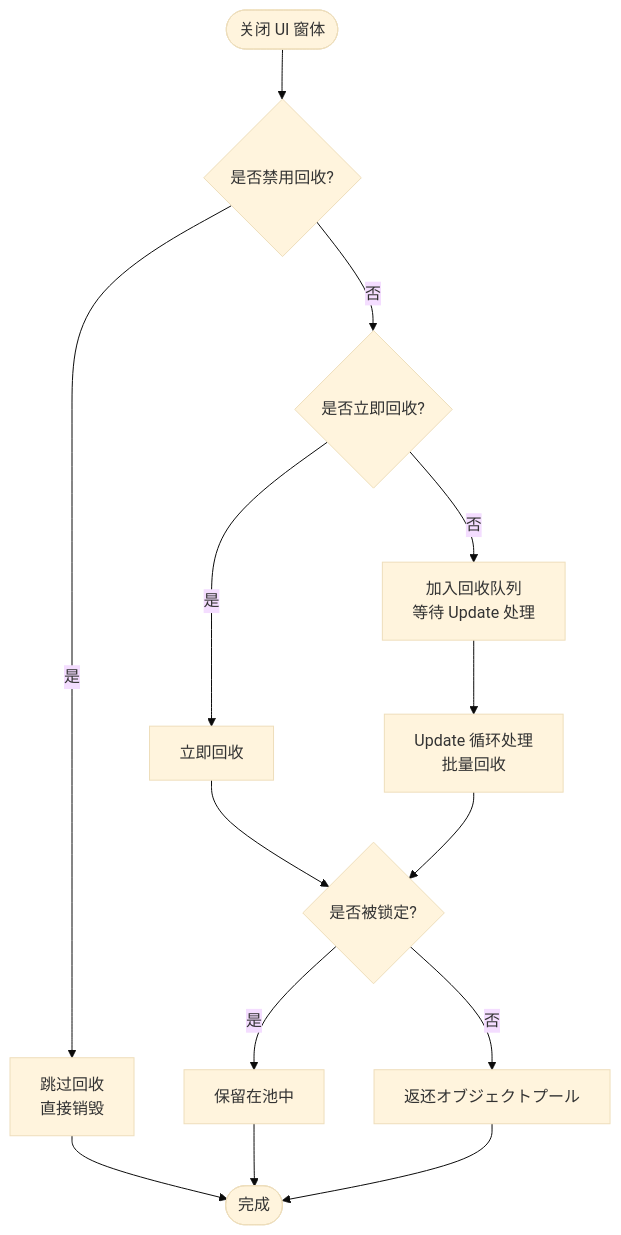
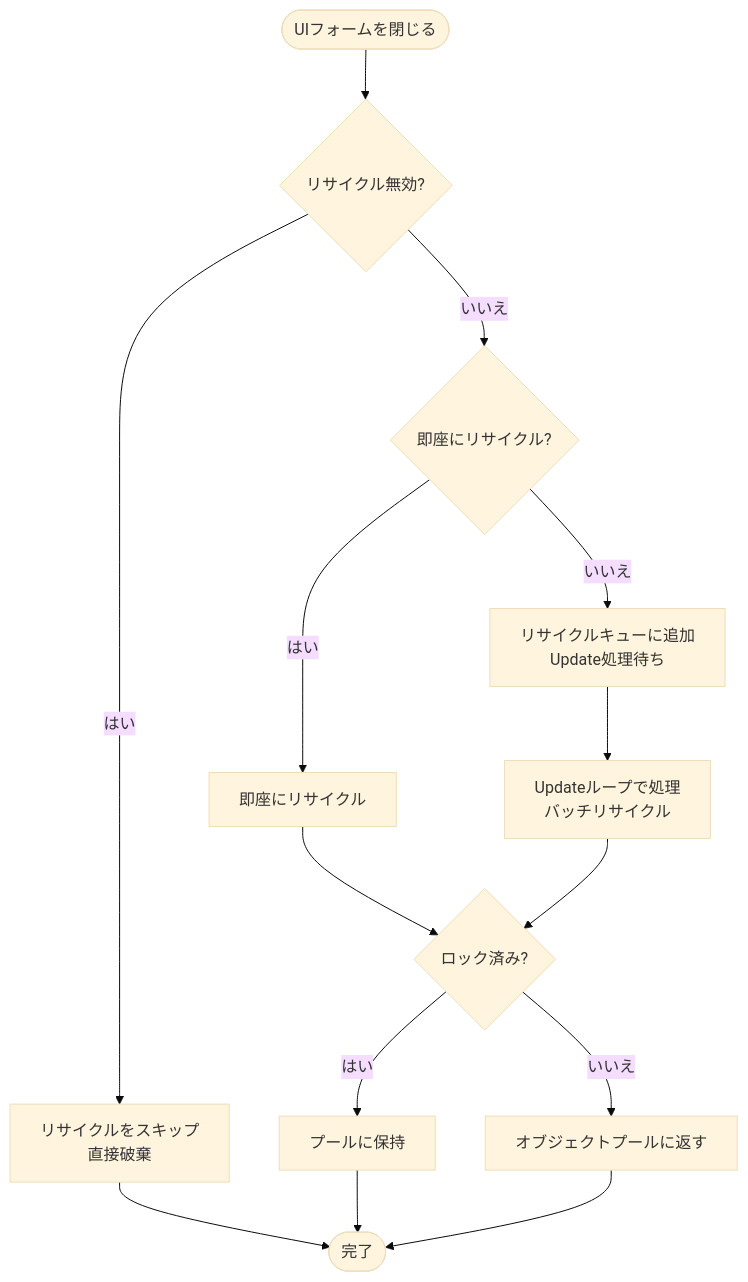
The fourth of 4 diagrams in docs/ja/client/unity/component/ui/09.object-pool.md (AlianBlank/GameFrameX.Docs), drawn with Mermaid (base theme) before and after one commit. The commit also changed other lines of this file and 320 other files, not shown here.

````diff
--- a/docs/ja/client/unity/component/ui/09.object-pool.md
+++ b/docs/ja/client/unity/component/ui/09.object-pool.md
@@ -137,20 +137,20 @@
 ```mermaid
 flowchart TD
-    Start([关闭 UI 窗体]) --> CheckDisable{是否禁用回收?}
-    CheckDisable -->|是| SkipRecycle[跳过回收<br/>直接销毁]
-    CheckDisable -->|否| CheckNow{是否立即回收?}
-    
-    CheckNow -->|是| ImmediateRecycle[立即回收]
-    CheckNow -->|否| QueueRecycle[加入回收队列<br/>等待 Update 处理]
-    
-    QueueRecycle --> Process[Update 循环处理<br/>批量回收]
-    Process --> CheckLocked{是否被锁定?}
-    
+    Start([UIフォームを閉じる]) --> CheckDisable{リサイクル無効?}
+    CheckDisable -->|はい| SkipRecycle[リサイクルをスキップ<br/>直接破棄]
+    CheckDisable -->|いいえ| CheckNow{即座にリサイクル?}
+
+    CheckNow -->|はい| ImmediateRecycle[即座にリサイクル]
+    CheckNow -->|いいえ| QueueRecycle[リサイクルキューに追加<br/>Update処理待ち]
+
+    QueueRecycle --> Process[Updateループで処理<br/>バッチリサイクル]
+    Process --> CheckLocked{ロック済み?}
+
     ImmediateRecycle --> CheckLocked
-    CheckLocked -->|是| Keep[保留在池中]
-    CheckLocked -->|否| ReturnPool[返还オブジェクトプール]
-    
-    ReturnPool --> End([完成])
+    CheckLocked -->|はい| Keep[プールに保持]
+    CheckLocked -->|いいえ| ReturnPool[オブジェクトプールに返す]
+
+    ReturnPool --> End([完了])
     SkipRecycle --> End
     Keep --> End
 ```
````
